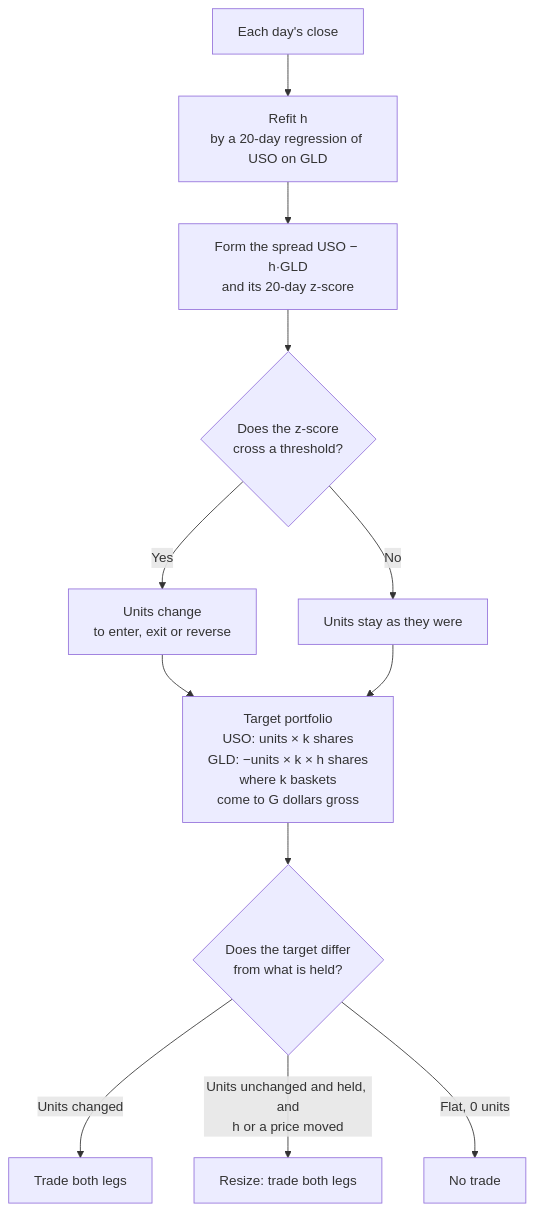
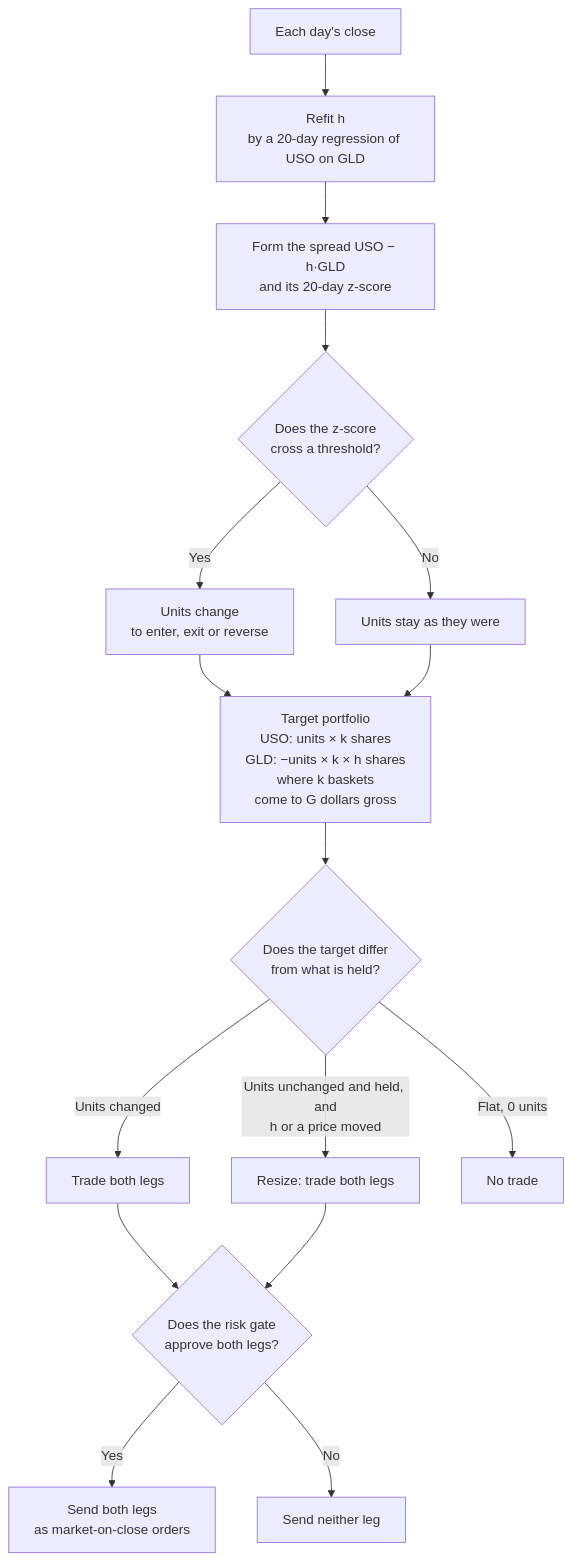
One commit to l3a0/ithildin-runtime changed the second of 2 diagrams in docs/architecture/01-introduction-and-goals.md. Above: the diagram before and after it, drawn with Mermaid. The commit also changed other lines of this file and 32 other files, not shown here.

````diff
--- a/docs/architecture/01-introduction-and-goals.md
+++ b/docs/architecture/01-introduction-and-goals.md
@@ -79,14 +79,18 @@
 ```mermaid
 flowchart TD
     close["Each day's close"] --> fit["Refit h<br/>by a 20-day regression of USO on GLD"]
     fit --> z["Form the spread USO − h·GLD<br/>and its 20-day z-score"]
     z --> rule{"Does the z-score<br/>cross a threshold?"}
     rule -- "Yes" --> move["Units change<br/>to enter, exit or reverse"]
     rule -- "No" --> same["Units stay as they were"]
     move --> target["Target portfolio<br/>USO: units × k shares<br/>GLD: −units × k × h shares<br/>where k baskets<br/>come to G dollars gross"]
     same --> target
     target --> diff{"Does the target differ<br/>from what is held?"}
     diff -- "Units changed" --> trade["Trade both legs"]
     diff -- "Units unchanged and held, and<br/>h or a price moved" --> resize["Resize: trade both legs"]
     diff -- "Flat, 0 units" --> none["No trade"]
+    trade --> gate{"Does the risk gate<br/>approve both legs?"}
+    resize --> gate
+    gate -- "Yes" --> out["Send both legs<br/>as market-on-close orders"]
+    gate -- "No" --> held["Send neither leg"]
 ```
````
